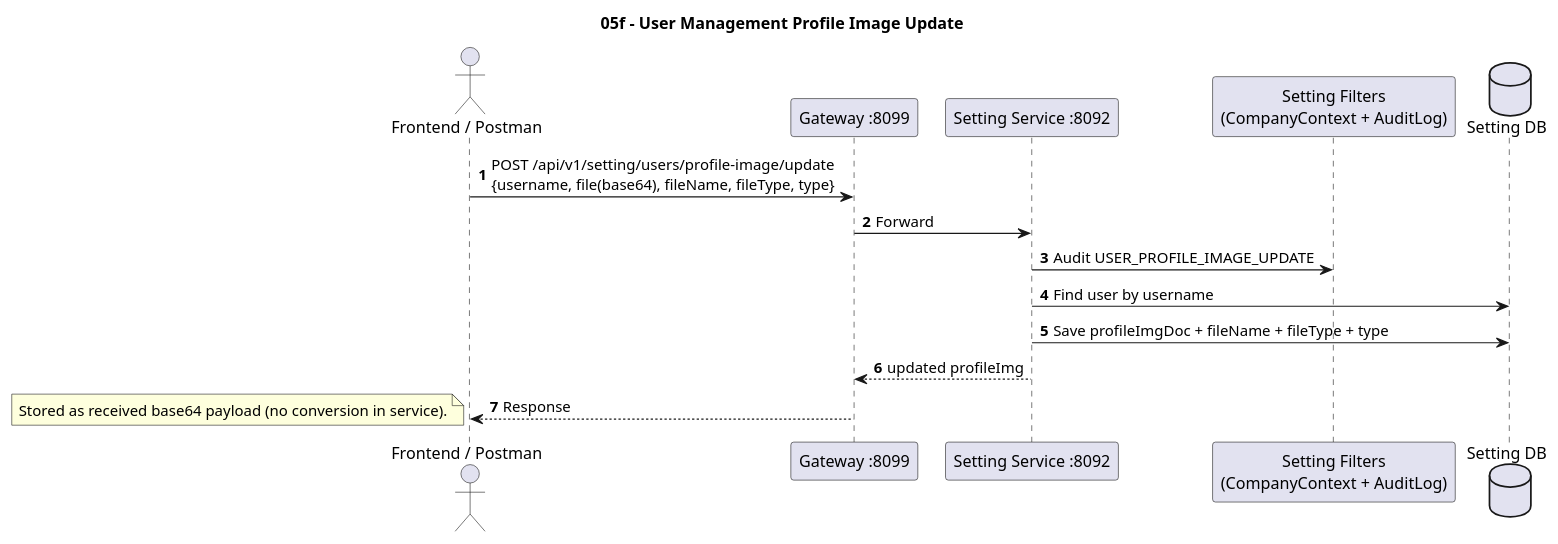
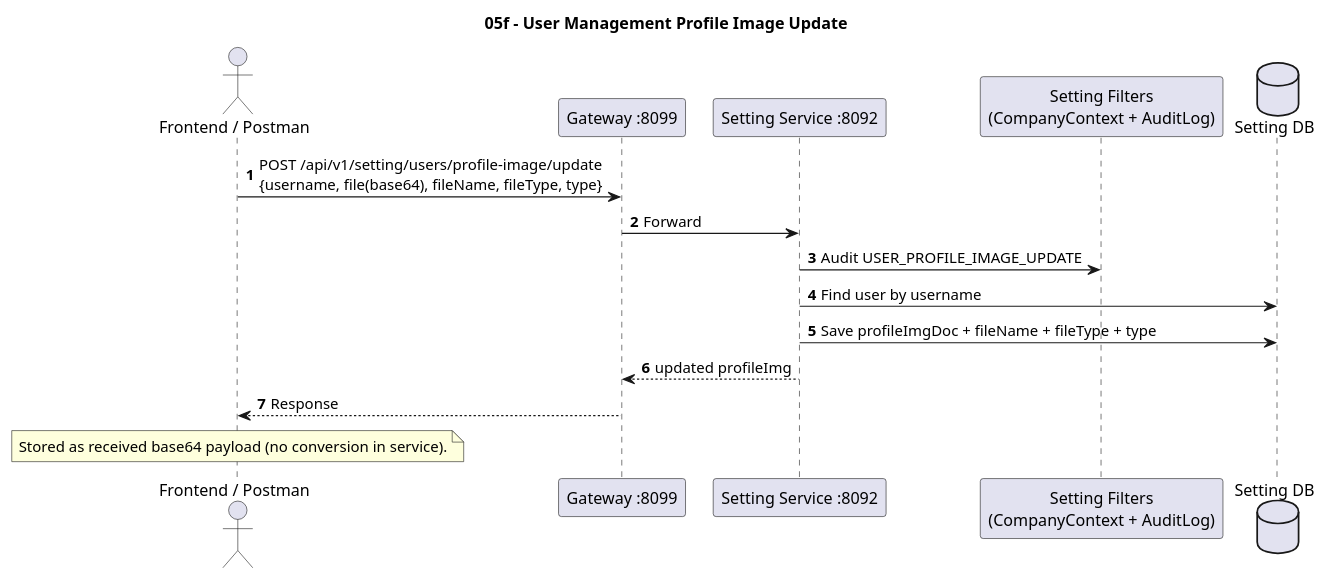
Before and after one commit to DTECH-Software/zynolo_nexus_backend: the diagram in docs/plantuml/05f-user-profile-image.puml, drawn with PlantUML. The commit also changed 19 other files, not shown here.

```diff
--- a/docs/plantuml/05f-user-profile-image.puml
+++ b/docs/plantuml/05f-user-profile-image.puml
@@ -1,25 +1,25 @@
 @startuml
 title 05f - User Management Profile Image Update
 autonumber
 
 actor "Frontend / Postman" as FE
 participant "Gateway :8099" as GW
 participant "Setting Service :8092" as SET
 participant "Setting Filters\n(CompanyContext + AuditLog)" as SF
 database "Setting DB" as SDB
 
 FE -> GW: POST /api/v1/setting/users/profile-image/update\n{username, file(base64), fileName, fileType, type}
 GW -> SET: Forward
 
 SET -> SF: Audit USER_PROFILE_IMAGE_UPDATE
 SET -> SDB: Find user by username
 SET -> SDB: Save profileImgDoc + fileName + fileType + type
 
 SET --> GW: updated profileImg
 GW --> FE: Response
 
-note bottom
+note over FE
 Stored as received base64 payload (no conversion in service).
 end note
 
 @enduml
```
